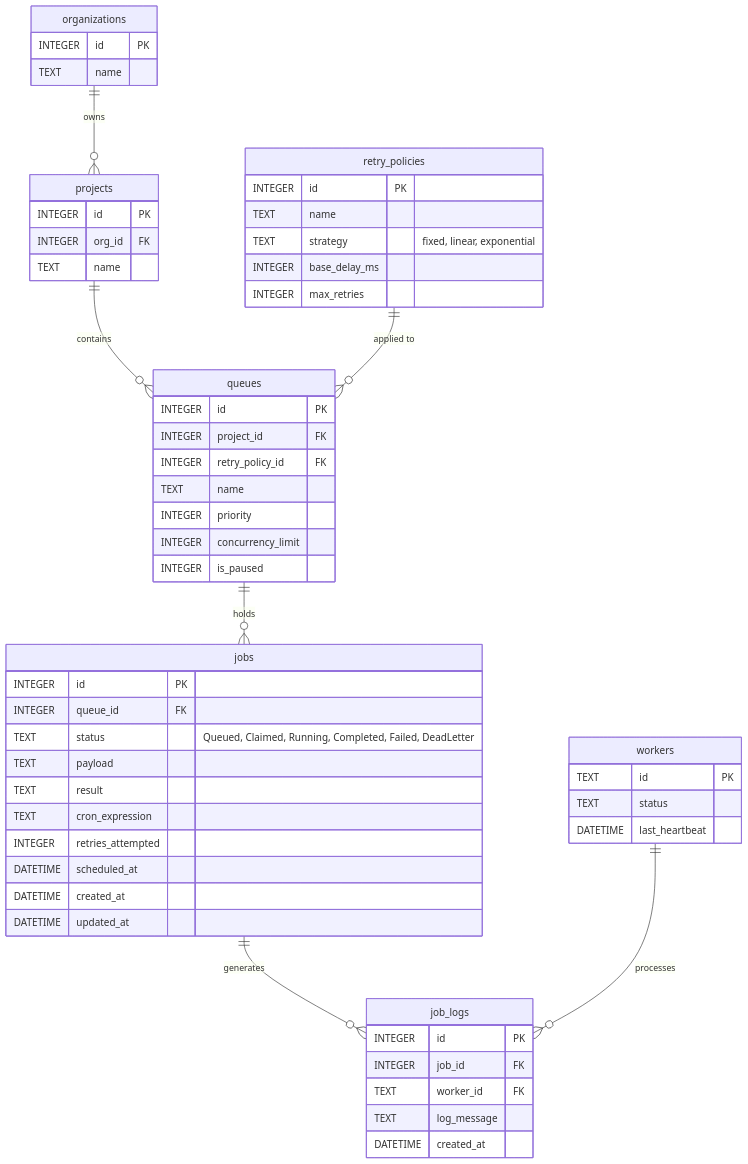
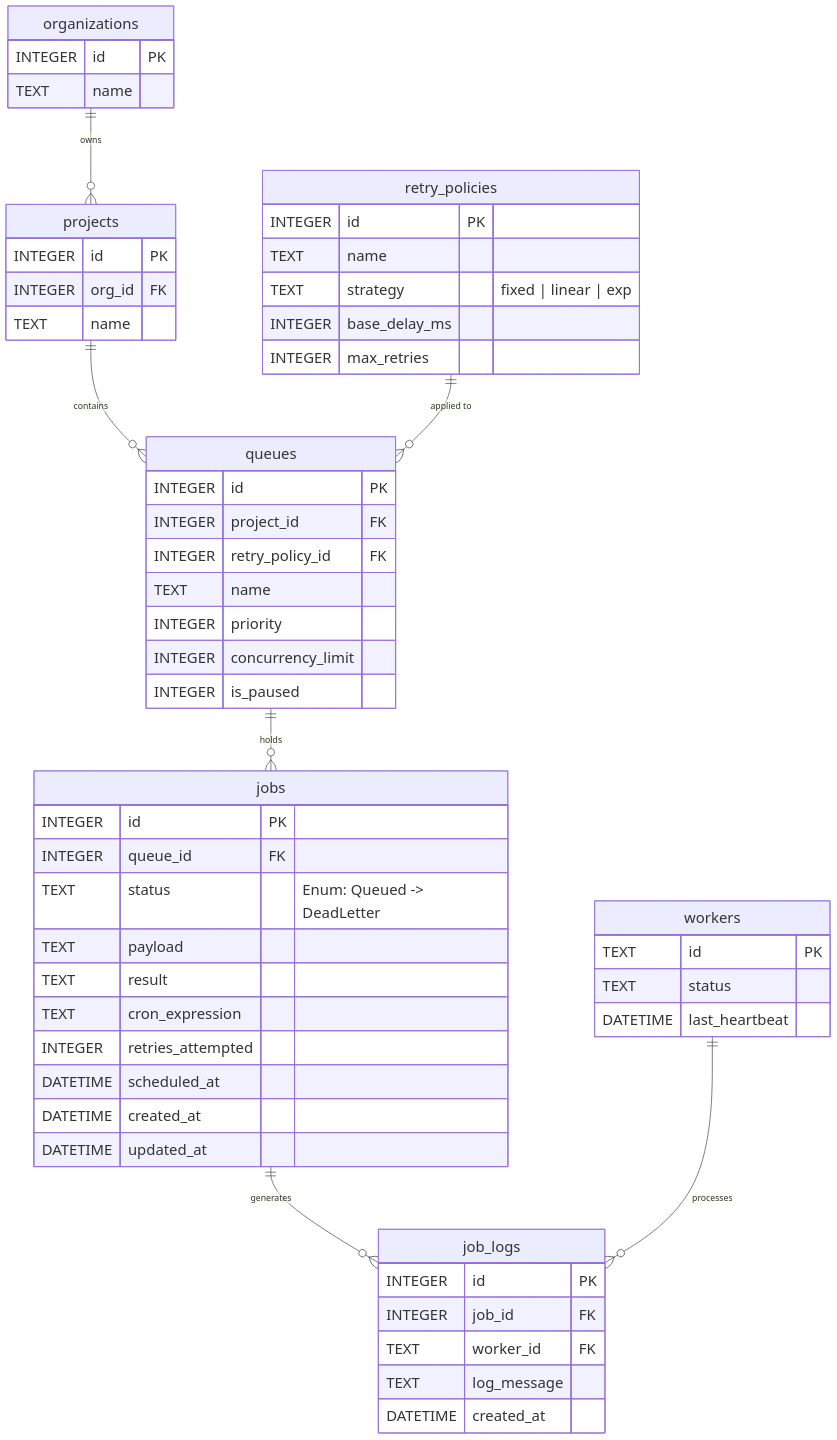
One commit to bhav1010/Distributed-Job-Scheduler changed the diagram in docs/er_diagram.md. Above: the diagram before and after it, drawn with Mermaid.

Commit message:
Increase ER Diagram readability by scaling fonts and shrinking box widths

````diff
--- a/docs/er_diagram.md
+++ b/docs/er_diagram.md
@@ -5,64 +5,65 @@
 ```mermaid
+%%{init: { "themeVariables": { "fontSize": "24px", "fontFamily": "arial" } } }%%
 erDiagram
     organizations ||--o{ projects : "owns"
     organizations {
         INTEGER id PK
         TEXT name
     }
 
     projects ||--o{ queues : "contains"
     projects {
         INTEGER id PK
         INTEGER org_id FK
         TEXT name
     }
 
     retry_policies ||--o{ queues : "applied to"
     retry_policies {
         INTEGER id PK
         TEXT name
-        TEXT strategy "fixed, linear, exponential"
+        TEXT strategy "fixed | linear | exp"
         INTEGER base_delay_ms
         INTEGER max_retries
     }
 
     queues ||--o{ jobs : "holds"
     queues {
         INTEGER id PK
         INTEGER project_id FK
         INTEGER retry_policy_id FK
         TEXT name
         INTEGER priority
         INTEGER concurrency_limit
         INTEGER is_paused
     }
 
     jobs ||--o{ job_logs : "generates"
     jobs {
         INTEGER id PK
         INTEGER queue_id FK
-        TEXT status "Queued, Claimed, Running, Completed, Failed, DeadLetter"
+        TEXT status "Enum: Queued -> DeadLetter"
         TEXT payload
         TEXT result
         TEXT cron_expression
         INTEGER retries_attempted
         DATETIME scheduled_at
         DATETIME created_at
         DATETIME updated_at
     }
 
     workers ||--o{ job_logs : "processes"
     workers {
         TEXT id PK
         TEXT status
         DATETIME last_heartbeat
     }
 
     job_logs {
         INTEGER id PK
         INTEGER job_id FK
         TEXT worker_id FK
         TEXT log_message
         DATETIME created_at
     }
 ```
````
